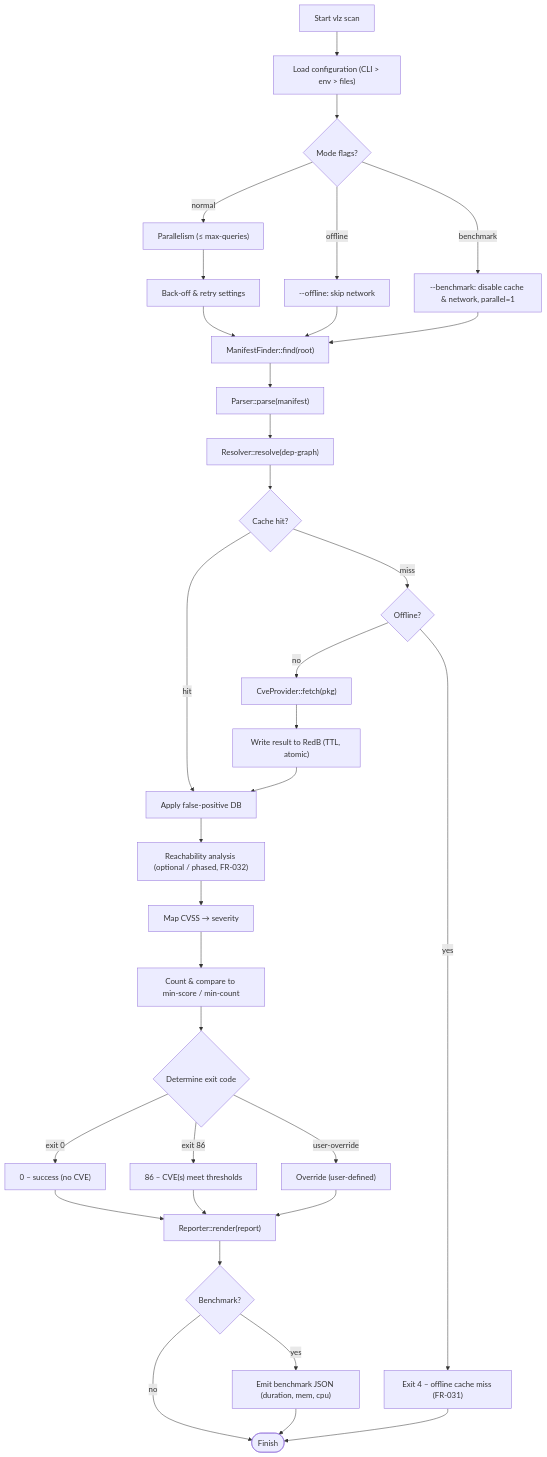
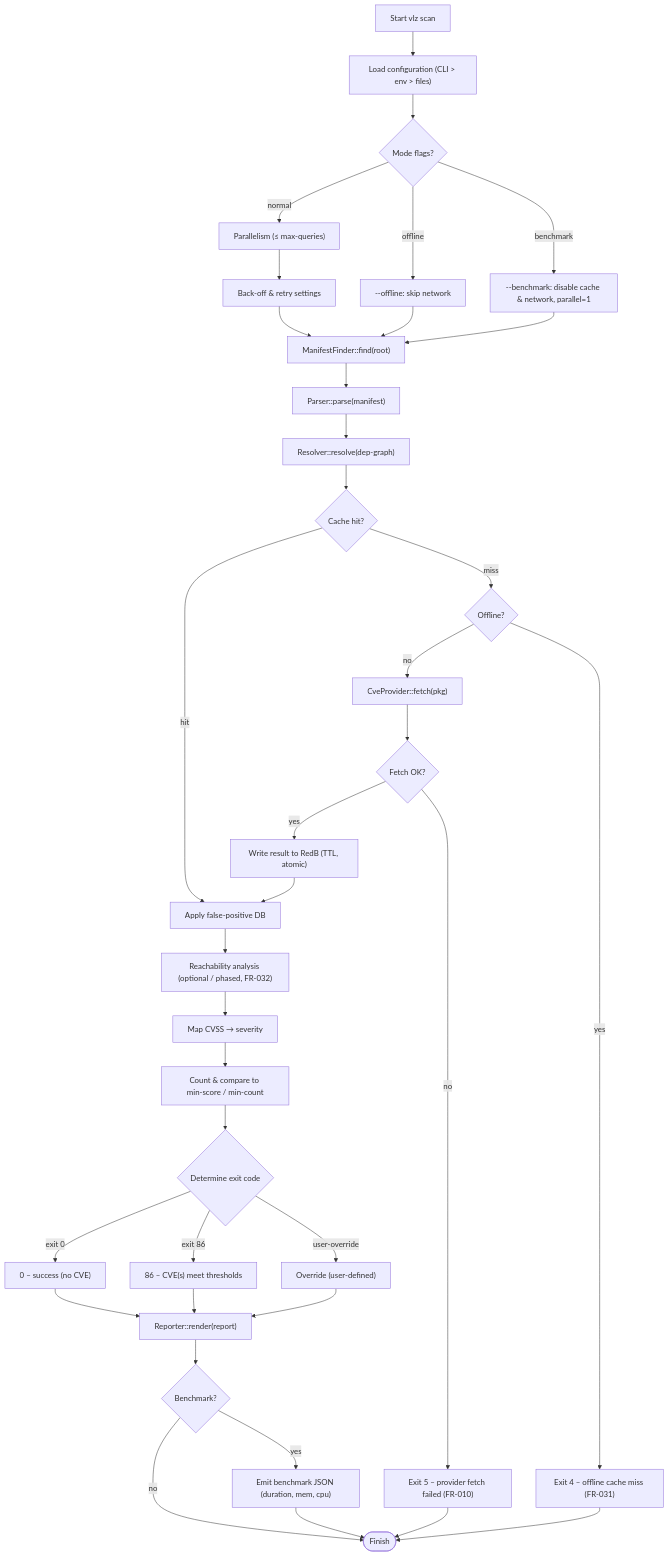
The diagram in architecture/execution-flow.mmd (verilyze/verilyze), drawn with Mermaid before and after one commit. The commit also changed 6 other files, not shown here.

First line of the commit message:
fix: exit 5 when CVE provider is inaccessible

```diff
--- a/architecture/execution-flow.mmd
+++ b/architecture/execution-flow.mmd
@@ -1,73 +1,77 @@
 flowchart TD
     %% Entry point
     Start["Start vlz scan"]
 
     %% Configuration & environment
     Config["Load configuration (CLI > env > files)"]
     ModeCheck{"Mode flags?"}
     Offline["--offline: skip network"]
     Benchmark["--benchmark: disable cache & network, parallel=1"]
     BenchmarkCheck{"Benchmark?"}
     ParallelCfg["Parallelism (≤ max‑queries)"]
     BackoffCfg["Back‑off & retry settings"]
 
     %% Scanning phases
     Find["ManifestFinder::find(root)"]
     Parse["Parser::parse(manifest)"]
     Resolve["Resolver::resolve(dep‑graph)"]
     Reachability["Reachability analysis (optional / phased, FR-032)"]
 
     %% Cache handling
     CacheCheck{Cache hit?}
 
     %% Offline handling
     OfflineCheck{Offline?}
 
     %% Post‑lookup processing
     FPFilter["Apply false‑positive DB"]
     Severity["Map CVSS → severity"]
     Threshold["Count & compare to min‑score / min‑count"]
 
     %% Exit‑code logic
     ExitDecision{"Determine exit code"}
     ExitNormal["0 – success (no CVE)"]
     ExitCVE["86 – CVE(s) meet thresholds"]
     ExitOverride["Override (user‑defined)"]
 
     %% Reporting
     Report["Reporter::render(report)"]
     BenchReport["Emit benchmark JSON (duration, mem, cpu)"]
 
     %% Finish
     End([Finish])
 
     %% Flow connections
     Start --> Config --> ModeCheck
     ModeCheck -- normal --> ParallelCfg
     ModeCheck -- offline --> Offline
     ModeCheck -- benchmark --> Benchmark
 
     ParallelCfg --> BackoffCfg --> Find
     Offline --> Find
     Benchmark --> Find
 
     Find --> Parse --> Resolve --> CacheCheck
 
     CacheCheck -- hit --> FPFilter
     CacheCheck -- miss --> OfflineCheck
-    OfflineCheck -- no --> Query["CveProvider::fetch(pkg)"] --> CacheWrite["Write result to RedB (TTL, atomic)"] --> FPFilter
+    OfflineCheck -- no --> Query["CveProvider::fetch(pkg)"]
+    Query --> QueryResult{Fetch OK?}
+    QueryResult -- yes --> CacheWrite["Write result to RedB (TTL, atomic)"] --> FPFilter
+    QueryResult -- no --> FetchError["Exit 5 – provider fetch failed (FR-010)"]
+    FetchError --> End
     OfflineCheck -- yes --> OfflineError["Exit 4 – offline cache miss (FR-031)"]
     OfflineError --> End
 
     FPFilter --> Reachability --> Severity --> Threshold --> ExitDecision
     ExitDecision -- exit 0 --> ExitNormal
     ExitDecision -- exit 86 --> ExitCVE
     ExitDecision -- user‑override --> ExitOverride
 
     ExitNormal --> Report
     ExitCVE --> Report
     ExitOverride --> Report
 
     Report --> BenchmarkCheck
     BenchmarkCheck -- no --> End
     BenchmarkCheck -- yes --> BenchReport --> End
```
